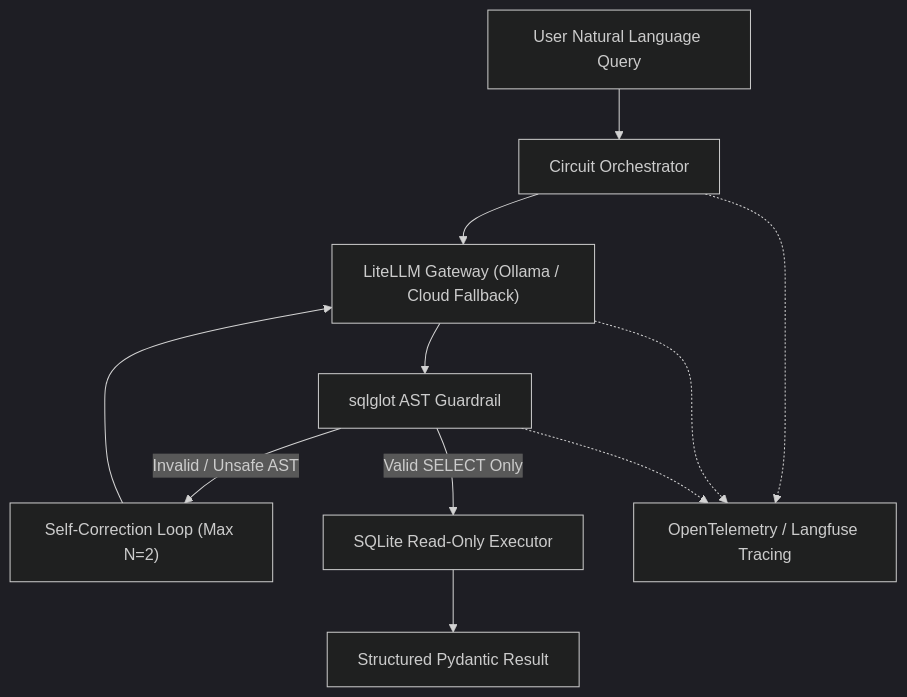
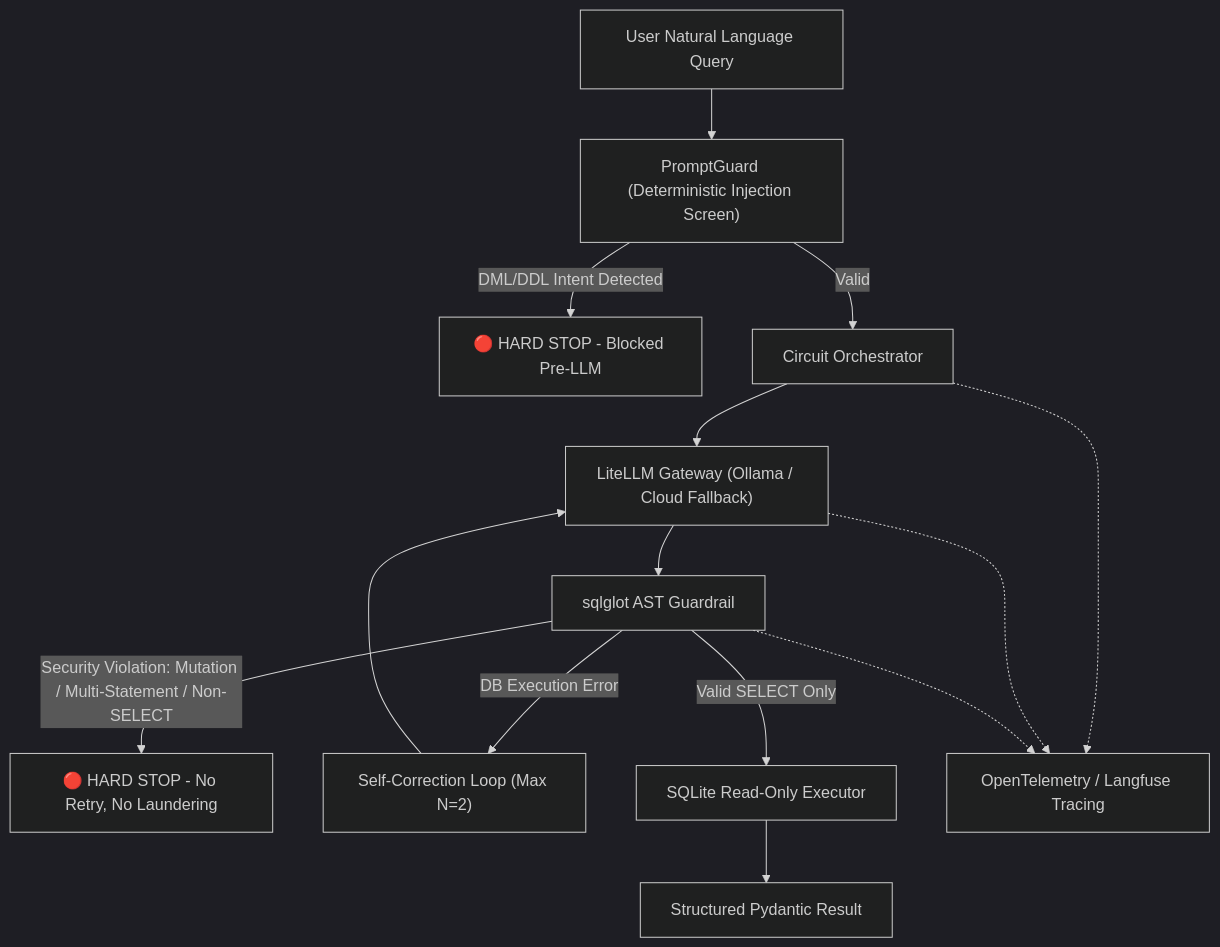
One commit to aymanaboghonim/sql-circuit-guard changed the diagram in README.md. Above: the diagram before and after it, drawn with Mermaid (dark theme). The commit also changed other lines of this file, not shown here.

````diff
--- a/README.md
+++ b/README.md
@@ -17,16 +17,19 @@
 ```mermaid
 graph TD
-    User["User Natural Language Query"] --> Orchestrator["Circuit Orchestrator"]
+    User["User Natural Language Query"] --> PromptGuard["PromptGuard (Deterministic Injection Screen)"]
+    PromptGuard -->|DML/DDL Intent Detected| HardStop1["🔴 HARD STOP - Blocked Pre-LLM"]
+    PromptGuard -->|Valid| Orchestrator["Circuit Orchestrator"]
     Orchestrator --> Gateway["LiteLLM Gateway (Ollama / Cloud Fallback)"]
     Gateway --> ASTGuard["sqlglot AST Guardrail"]
 
-    ASTGuard -->|Invalid / Unsafe AST| Loop["Self-Correction Loop (Max N=2)"]
+    ASTGuard -->|Security Violation: Mutation / Multi-Statement / Non-SELECT| HardStop2["🔴 HARD STOP - No Retry, No Laundering"]
+    ASTGuard -->|DB Execution Error| Loop["Self-Correction Loop (Max N=2)"]
     Loop --> Gateway
 
     ASTGuard -->|Valid SELECT Only| DB["SQLite Read-Only Executor"]
     DB --> Output["Structured Pydantic Result"]
 
     Orchestrator -.-> Tracing["OpenTelemetry / Langfuse Tracing"]
     Gateway -.-> Tracing
     ASTGuard -.-> Tracing
 ```
````
